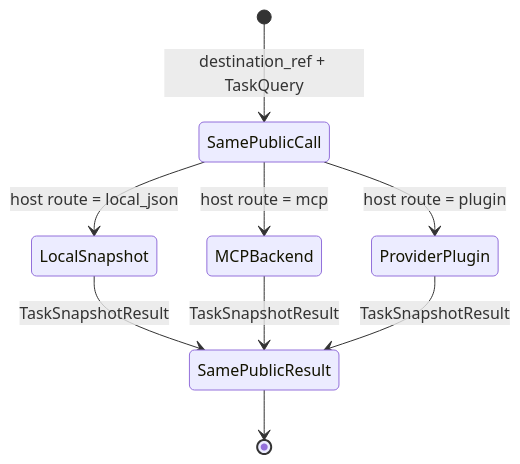
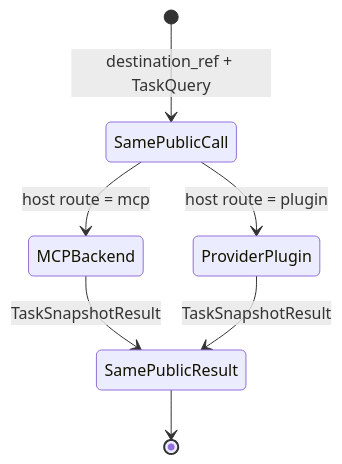
One commit to omitsuhashi/skills changed the third of 4 diagrams in plugins/task-management/skills/task-management/references/routing-flow.md. Above: the diagram before and after it, drawn with Mermaid. The commit also changed other lines of this file and 8 other files, not shown here.

Commit message:
docs: limit local task data to plugin smoke fixtures

````diff
--- a/plugins/task-management/skills/task-management/references/routing-flow.md
+++ b/plugins/task-management/skills/task-management/references/routing-flow.md
@@ -92,11 +83,9 @@
 ```mermaid
 stateDiagram-v2
     [*] --> SamePublicCall: destination_ref + TaskQuery
-    SamePublicCall --> LocalSnapshot: host route = local_json
     SamePublicCall --> MCPBackend: host route = mcp
     SamePublicCall --> ProviderPlugin: host route = plugin
-    LocalSnapshot --> SamePublicResult: TaskSnapshotResult
     MCPBackend --> SamePublicResult: TaskSnapshotResult
     ProviderPlugin --> SamePublicResult: TaskSnapshotResult
     SamePublicResult --> [*]
 ```
````
